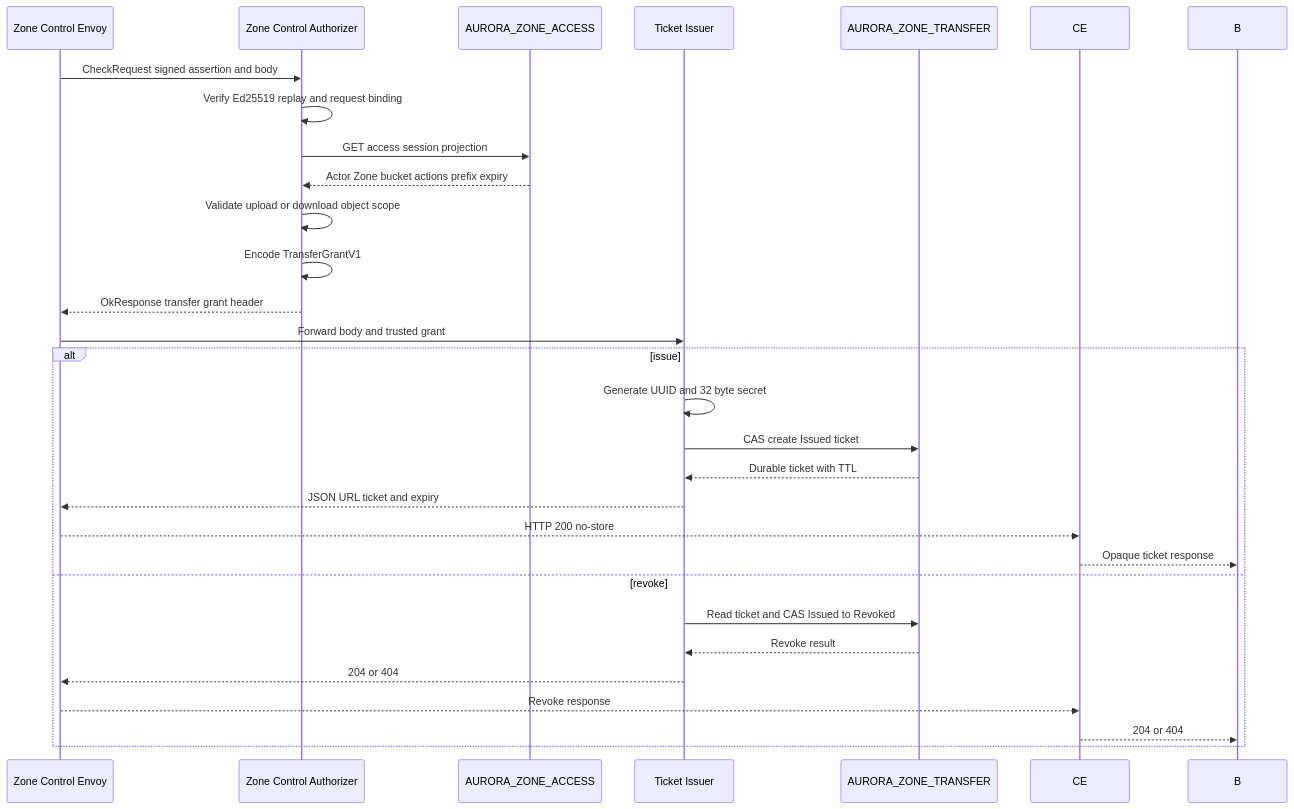
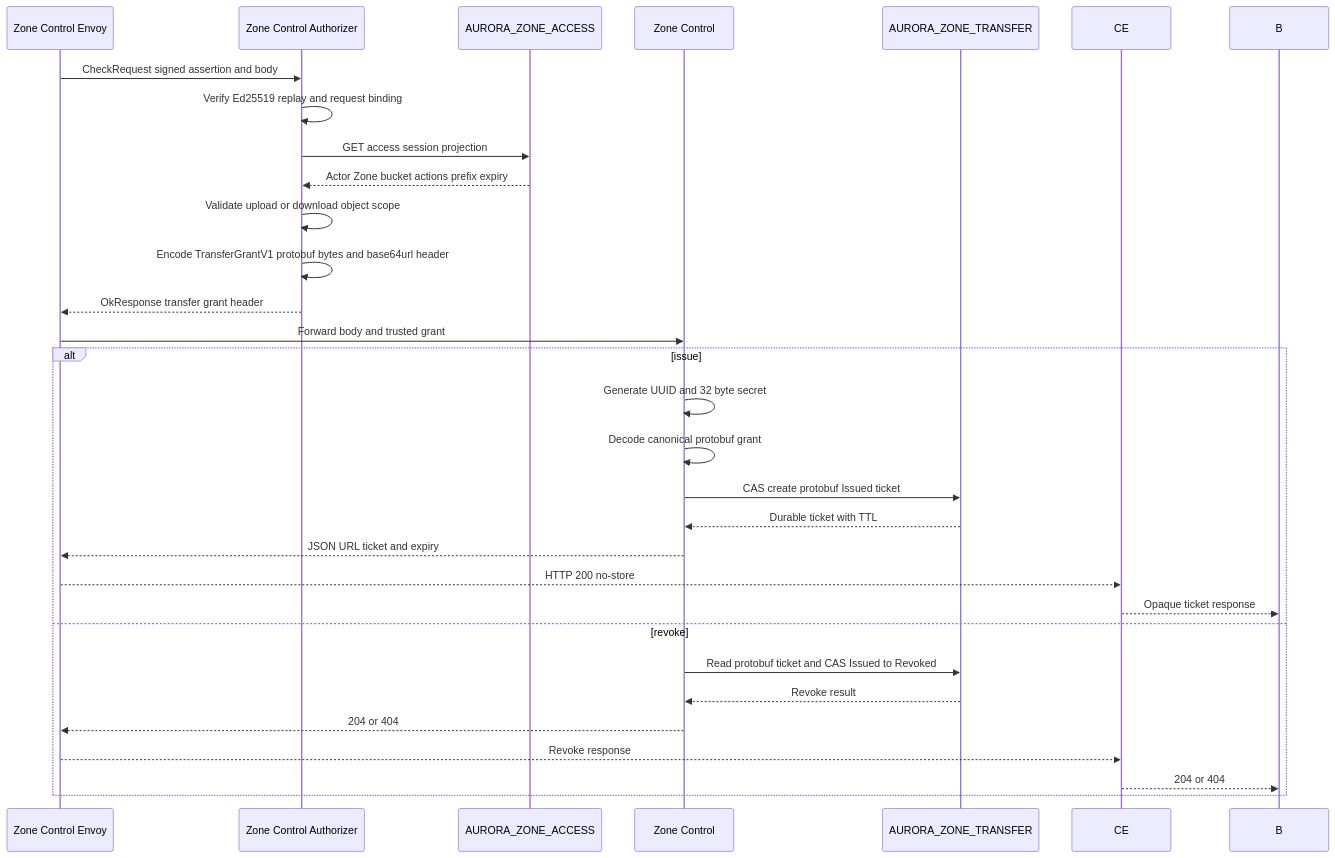
Before and after one commit to phucle996/aurora: the second of 2 diagrams in god_view/storage/personal_storage_transfer_ticket_issue_god_view_workflow.md, drawn with Mermaid. The commit also changed other lines of this file and 40 other files, not shown here.

Commit message:
refactor zone control and canonicalize transfer tickets

````diff
--- a/god_view/storage/personal_storage_transfer_ticket_issue_god_view_workflow.md
+++ b/god_view/storage/personal_storage_transfer_ticket_issue_god_view_workflow.md
@@ -115,31 +115,32 @@
 ```mermaid
 sequenceDiagram
     participant ZE as Zone Control Envoy
     participant ZA as Zone Control Authorizer
     participant KV as AURORA_ZONE_ACCESS
-    participant TI as Ticket Issuer
+    participant ZC as Zone Control
     participant TV as AURORA_ZONE_TRANSFER
 
     ZE->>ZA: CheckRequest signed assertion and body
     ZA->>ZA: Verify Ed25519 replay and request binding
     ZA->>KV: GET access session projection
     KV-->>ZA: Actor Zone bucket actions prefix expiry
     ZA->>ZA: Validate upload or download object scope
-    ZA->>ZA: Encode TransferGrantV1
+    ZA->>ZA: Encode TransferGrantV1 protobuf bytes and base64url header
     ZA-->>ZE: OkResponse transfer grant header
-    ZE->>TI: Forward body and trusted grant
+    ZE->>ZC: Forward body and trusted grant
     alt issue
-        TI->>TI: Generate UUID and 32 byte secret
-        TI->>TV: CAS create Issued ticket
-        TV-->>TI: Durable ticket with TTL
-        TI-->>ZE: JSON URL ticket and expiry
+        ZC->>ZC: Generate UUID and 32 byte secret
+        ZC->>ZC: Decode canonical protobuf grant
+        ZC->>TV: CAS create protobuf Issued ticket
+        TV-->>ZC: Durable ticket with TTL
+        ZC-->>ZE: JSON URL ticket and expiry
         ZE-->>CE: HTTP 200 no-store
         CE-->>B: Opaque ticket response
     else revoke
-        TI->>TV: Read ticket and CAS Issued to Revoked
-        TV-->>TI: Revoke result
-        TI-->>ZE: 204 or 404
+        ZC->>TV: Read protobuf ticket and CAS Issued to Revoked
+        TV-->>ZC: Revoke result
+        ZC-->>ZE: 204 or 404
         ZE-->>CE: Revoke response
         CE-->>B: 204 or 404
     end
 ```
````
